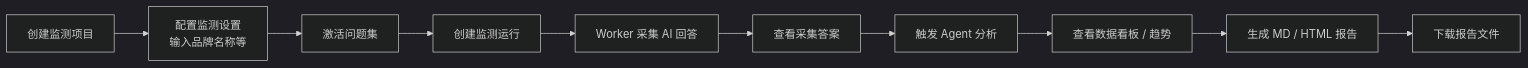
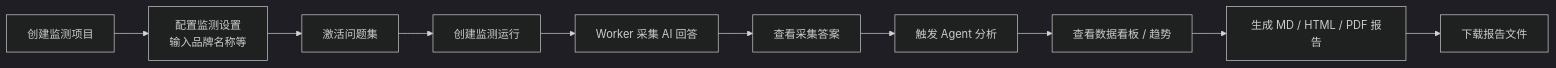
One commit to ZengZhiYuan/GEO-Platform changed the diagram in docs/AI应用监测平台操作手册.md. Above: the diagram before and after it, drawn with Mermaid (dark theme). The commit also changed other lines of this file and 14 other files, not shown here.

````diff
--- a/docs/AI应用监测平台操作手册.md
+++ b/docs/AI应用监测平台操作手册.md
@@ -48,12 +48,12 @@
 ```mermaid
 flowchart LR
     A[创建监测项目] --> B[配置监测设置<br/>输入品牌名称等]
     B --> C[激活问题集]
     C --> D[创建监测运行]
     D --> E[Worker 采集 AI 回答]
     E --> F[查看采集答案]
     F --> G[触发 Agent 分析]
     G --> H[查看数据看板 / 趋势]
-    H --> I[生成 MD / HTML 报告]
+    H --> I[生成 MD / HTML / PDF 报告]
     I --> J[下载报告文件]
 ```
````
